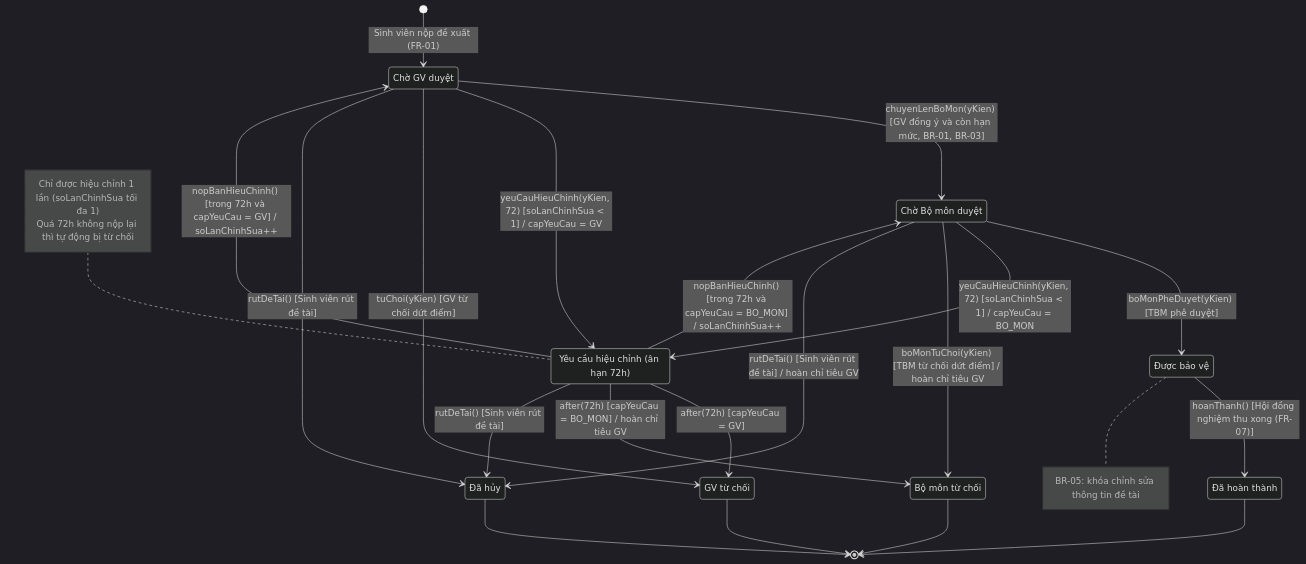
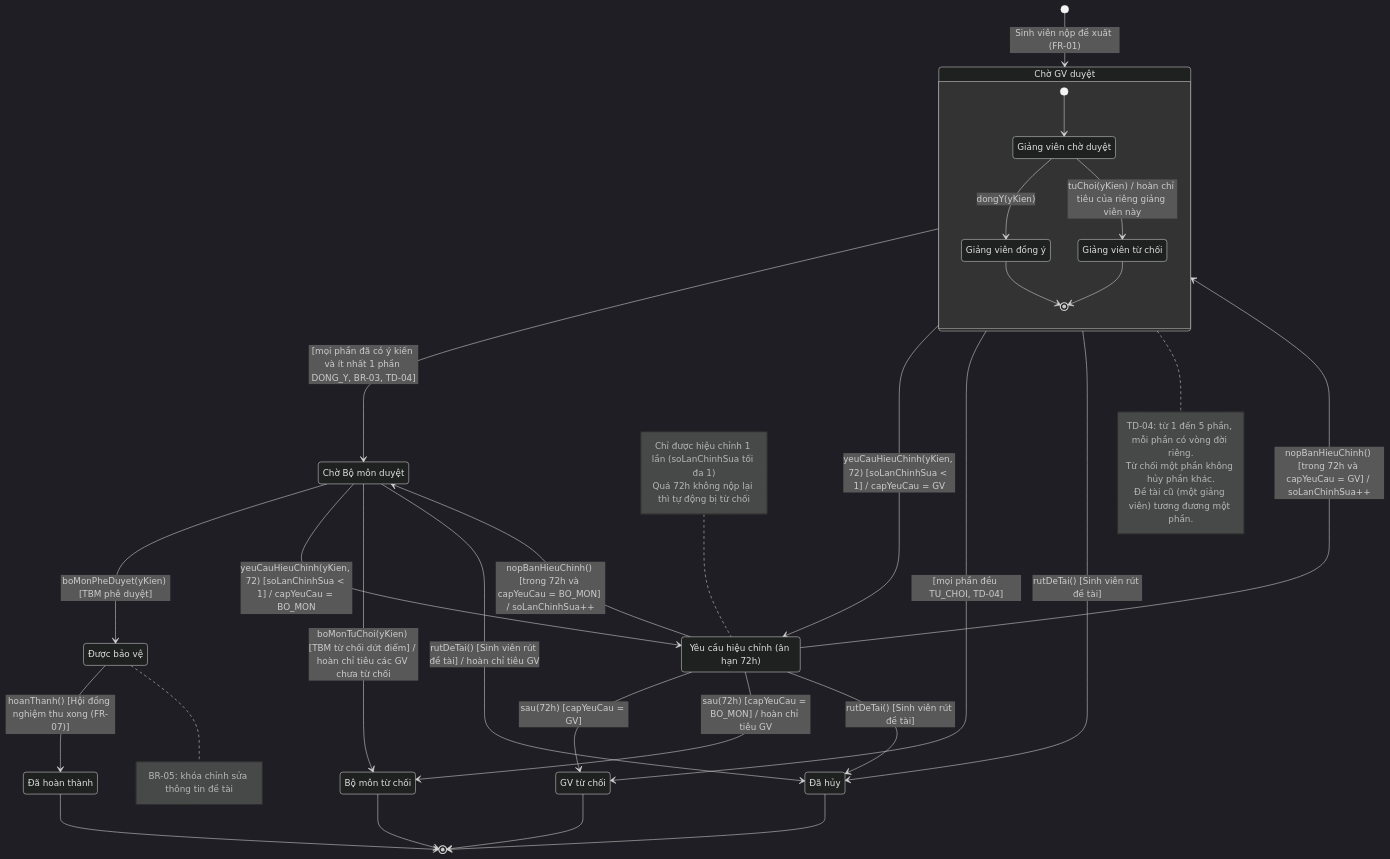
One commit to phamhuy273/thesishub changed the diagram in diagrams/state.mmd. Above: the diagram before and after it, drawn with Mermaid (dark theme). The commit also changed 27 other files, not shown here.

Commit message:
feat: Tach PhanCongHuongDan de moi giang vien tham dinh doc lap theo TD-04

```diff
--- a/diagrams/state.mmd
+++ b/diagrams/state.mmd
@@ -1,49 +1,67 @@
 stateDiagram-v2
   %% Phụ trách: N14-B
   %% Lớp: DeTaiTotNghiep
-  %% Truy vết: FR-01, FR-03, FR-04, FR-06, FR-07, FR-10 · BR-01, BR-03, BR-05
-  %% Nguồn: docs/dac-ta-UC-03.md, docs/phong-van.md:64-67, diagrams/seq-xet-duyet.mmd
+  %% Truy vết: FR-01, FR-03, FR-04, FR-06, FR-07, FR-10 · BR-01, BR-03, BR-05 · TD-04
+  %% Nguồn: docs/dac-ta-UC-03.md, docs/phong-van.md:64-67, diagrams/seq-xet-duyet.mmd, adr/0001-xu-ly-TD-04.md
+  %% Hai mức theo TD-04: mức đề tài (DeTaiTotNghiep) và mức từng phần (PhanCongHuongDan, lồng trong CHO_GV_DONG_Y)
 
   state "Chờ GV duyệt" as CHO_GV_DONG_Y
   state "Yêu cầu hiệu chỉnh (ân hạn 72h)" as YEU_CAU_HIEU_CHINH
   state "Chờ Bộ môn duyệt" as CHO_BO_MON_DUYET
   state "Được bảo vệ" as DUOC_BAO_VE
   state "Đã hoàn thành" as DA_HOAN_THANH
   state "GV từ chối" as GV_TU_CHOI
   state "Bộ môn từ chối" as BO_MON_TU_CHOI
   state "Đã hủy" as DA_HUY
 
+  %% ===== Mức từng phần: mỗi đề tài có 1..5 PhanCongHuongDan chạy độc lập =====
+  state CHO_GV_DONG_Y {
+    state "Giảng viên chờ duyệt" as CHO_DUYET
+    state "Giảng viên đồng ý" as DONG_Y
+    state "Giảng viên từ chối" as TU_CHOI
+    [*] --> CHO_DUYET
+    CHO_DUYET --> DONG_Y : dongY(yKien)
+    CHO_DUYET --> TU_CHOI : tuChoi(yKien) / hoàn chỉ tiêu của riêng giảng viên này
+    DONG_Y --> [*]
+    TU_CHOI --> [*]
+  }
+
   %% ===== Luồng chính =====
   [*] --> CHO_GV_DONG_Y : Sinh viên nộp đề xuất (FR-01)
-  CHO_GV_DONG_Y --> CHO_BO_MON_DUYET : chuyenLenBoMon(yKien) [GV đồng ý và còn hạn mức, BR-01, BR-03]
+  CHO_GV_DONG_Y --> CHO_BO_MON_DUYET : [mọi phần đã có ý kiến và ít nhất 1 phần DONG_Y, BR-03, TD-04]
   CHO_BO_MON_DUYET --> DUOC_BAO_VE : boMonPheDuyet(yKien) [TBM phê duyệt]
   DUOC_BAO_VE --> DA_HOAN_THANH : hoanThanh() [Hội đồng nghiệm thu xong (FR-07)]
   DA_HOAN_THANH --> [*]
 
   %% ===== Luồng ân hạn hiệu chỉnh (tối đa 1 lần) =====
   CHO_GV_DONG_Y --> YEU_CAU_HIEU_CHINH : yeuCauHieuChinh(yKien, 72) [soLanChinhSua < 1] / capYeuCau = GV
   CHO_BO_MON_DUYET --> YEU_CAU_HIEU_CHINH : yeuCauHieuChinh(yKien, 72) [soLanChinhSua < 1] / capYeuCau = BO_MON
   YEU_CAU_HIEU_CHINH --> CHO_GV_DONG_Y : nopBanHieuChinh() [trong 72h và capYeuCau = GV] / soLanChinhSua++
   YEU_CAU_HIEU_CHINH --> CHO_BO_MON_DUYET : nopBanHieuChinh() [trong 72h và capYeuCau = BO_MON] / soLanChinhSua++
 
   %% ===== Luồng từ chối =====
-  CHO_GV_DONG_Y --> GV_TU_CHOI : tuChoi(yKien) [GV từ chối dứt điểm]
-  YEU_CAU_HIEU_CHINH --> GV_TU_CHOI : after(72h) [capYeuCau = GV]
-  CHO_BO_MON_DUYET --> BO_MON_TU_CHOI : boMonTuChoi(yKien) [TBM từ chối dứt điểm] / hoàn chỉ tiêu GV
-  YEU_CAU_HIEU_CHINH --> BO_MON_TU_CHOI : after(72h) [capYeuCau = BO_MON] / hoàn chỉ tiêu GV
+  CHO_GV_DONG_Y --> GV_TU_CHOI : [mọi phần đều TU_CHOI, TD-04]
+  YEU_CAU_HIEU_CHINH --> GV_TU_CHOI : sau(72h) [capYeuCau = GV]
+  CHO_BO_MON_DUYET --> BO_MON_TU_CHOI : boMonTuChoi(yKien) [TBM từ chối dứt điểm] / hoàn chỉ tiêu các GV chưa từ chối
+  YEU_CAU_HIEU_CHINH --> BO_MON_TU_CHOI : sau(72h) [capYeuCau = BO_MON] / hoàn chỉ tiêu GV
   GV_TU_CHOI --> [*]
   BO_MON_TU_CHOI --> [*]
 
   %% ===== Luồng hủy (FR-10) =====
   CHO_GV_DONG_Y --> DA_HUY : rutDeTai() [Sinh viên rút đề tài]
   YEU_CAU_HIEU_CHINH --> DA_HUY : rutDeTai() [Sinh viên rút đề tài]
   CHO_BO_MON_DUYET --> DA_HUY : rutDeTai() [Sinh viên rút đề tài] / hoàn chỉ tiêu GV
   DA_HUY --> [*]
 
+  note right of CHO_GV_DONG_Y
+    TD-04: từ 1 đến 5 phần, mỗi phần có vòng đời riêng.
+    Từ chối một phần không hủy phần khác.
+    Đề tài cũ (một giảng viên) tương đương một phần.
+  end note
   note right of DUOC_BAO_VE
     BR-05: khóa chỉnh sửa thông tin đề tài
   end note
   note left of YEU_CAU_HIEU_CHINH
     Chỉ được hiệu chỉnh 1 lần (soLanChinhSua tối đa 1)
     Quá 72h không nộp lại thì tự động bị từ chối
   end note
```
